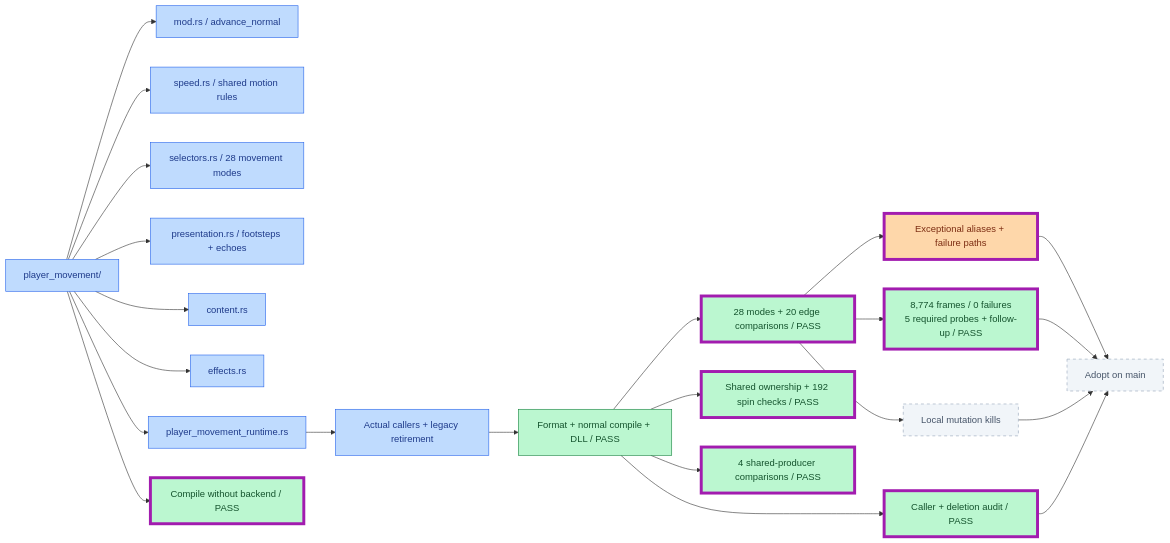
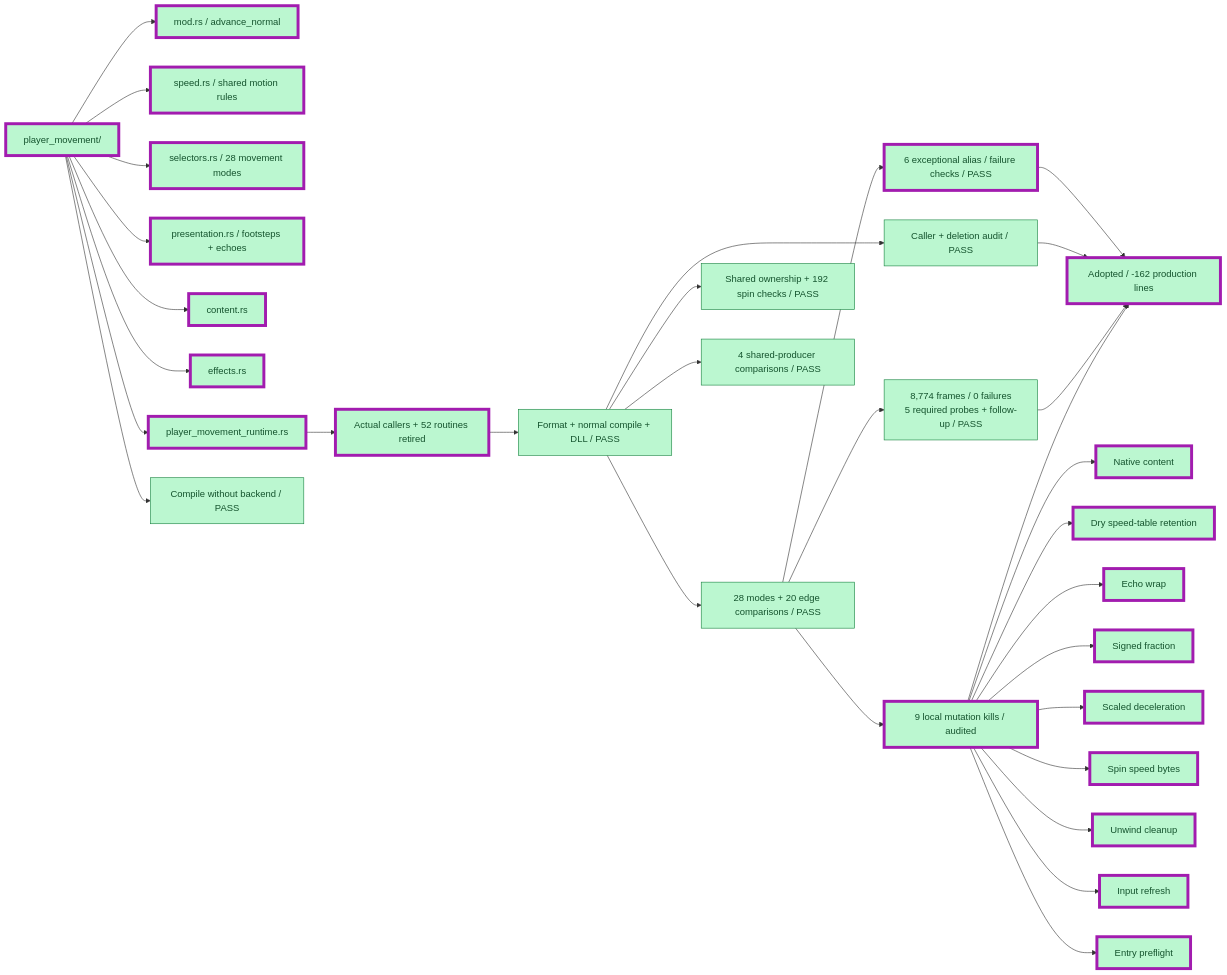
One commit to JimLundin/sm-decomp changed the second of 26 diagrams in PROGRESS.md. Above: the diagram before and after it, drawn with Mermaid. The commit also changed other lines of this file and 30 other files, not shown here.

````diff
--- a/PROGRESS.md
+++ b/PROGRESS.md
@@ -26,31 +26,40 @@
 ```mermaid
 flowchart LR
-    MOVE["player_movement/"]:::draft
-    MOVE --> API["mod.rs / advance_normal"]:::draft
-    MOVE --> SPEED["speed.rs / shared motion rules"]:::draft
-    MOVE --> MODES["selectors.rs / 28 movement modes"]:::draft
-    MOVE --> FX["presentation.rs / footsteps + echoes"]:::draft
-    MOVE --> DATA["content.rs"]:::draft
-    MOVE --> EFFECT["effects.rs"]:::draft
-    MOVE --> HOST["player_movement_runtime.rs"]:::draft
-    HOST --> CALL["Actual callers + legacy retirement"]:::draft
+    MOVE["player_movement/"]:::done
+    MOVE --> API["mod.rs / advance_normal"]:::done
+    MOVE --> SPEED["speed.rs / shared motion rules"]:::done
+    MOVE --> MODES["selectors.rs / 28 movement modes"]:::done
+    MOVE --> FX["presentation.rs / footsteps + echoes"]:::done
+    MOVE --> DATA["content.rs"]:::done
+    MOVE --> EFFECT["effects.rs"]:::done
+    MOVE --> HOST["player_movement_runtime.rs"]:::done
+    HOST --> CALL["Actual callers + 52 routines retired"]:::done
     CALL --> BUILD["Format + normal compile + DLL / PASS"]:::done
     BUILD --> MODES28["28 modes + 20 edge comparisons / PASS"]:::done
     BUILD --> OWN["Shared ownership + 192 spin checks / PASS"]:::done
     BUILD --> SHARED["4 shared-producer comparisons / PASS"]:::done
     MOVE --> DETACHED["Compile without backend / PASS"]:::done
-    MODES28 --> EDGE["Exceptional aliases + failure paths"]:::active
+    MODES28 --> EDGE["6 exceptional alias / failure checks / PASS"]:::done
     BUILD --> AUDIT["Caller + deletion audit / PASS"]:::done
     MODES28 --> REPLAY["8,774 frames / 0 failures<br/>5 required probes + follow-up / PASS"]:::done
-    MODES28 --> MUT["Local mutation kills"]:::pending
-    EDGE --> ADOPT["Adopt on main"]:::pending
+    MODES28 --> MUT["9 local mutation kills / audited"]:::done
+    MUT --> M1["Native content"]:::done
+    MUT --> M2["Dry speed-table retention"]:::done
+    MUT --> M3["Echo wrap"]:::done
+    MUT --> M4["Signed fraction"]:::done
+    MUT --> M5["Scaled deceleration"]:::done
+    MUT --> M6["Spin speed bytes"]:::done
+    MUT --> M7["Unwind cleanup"]:::done
+    MUT --> M8["Input refresh"]:::done
+    MUT --> M9["Entry preflight"]:::done
+    EDGE --> ADOPT["Adopted / -162 production lines"]:::done
     AUDIT --> ADOPT
     REPLAY --> ADOPT
     MUT --> ADOPT
-    class MODES28,OWN,SHARED,DETACHED,EDGE,AUDIT,REPLAY changed
+    class MOVE,API,SPEED,MODES,FX,DATA,EFFECT,HOST,CALL,EDGE,MUT,M1,M2,M3,M4,M5,M6,M7,M8,M9,ADOPT changed
     classDef done fill:#bbf7d0,stroke:#15803d,color:#14532d
     classDef draft fill:#bfdbfe,stroke:#2563eb,color:#1e3a8a
     classDef active fill:#fed7aa,stroke:#ea580c,color:#7c2d12
     classDef pending fill:#f1f5f9,stroke:#94a3b8,color:#475569,stroke-dasharray:5 5
     classDef changed stroke:#a21caf,stroke-width:5px
 ```
````
